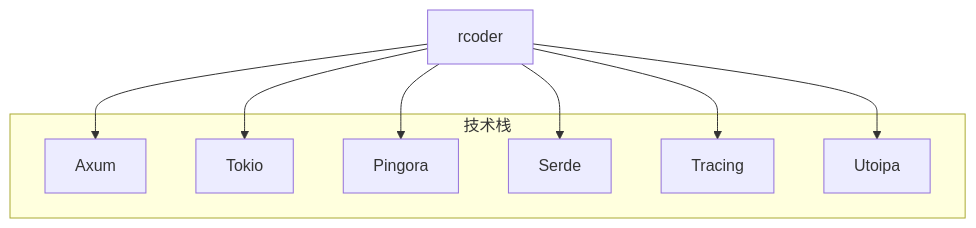
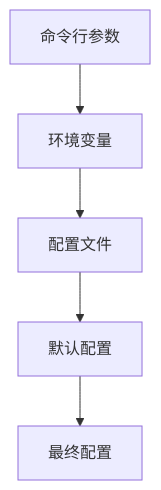
The eighth of 8 diagrams in .qoder/repowiki/zh/content/项目概述.md (nuwax-ai/rcoder), drawn with Mermaid before and after one commit. The commit also changed other lines of this file and 185 other files, not shown here.

````diff
--- a/.qoder/repowiki/zh/content/项目概述.md
+++ b/.qoder/repowiki/zh/content/项目概述.md
@@ -165,17 +294,7 @@
 ```mermaid
-graph TD
-subgraph "技术栈"
-Axum[Axum]
-Tokio[Tokio]
-Pingora[Pingora]
-Serde[Serde]
-Tracing[Tracing]
-Utoipa[Utoipa]
-end
-rcoder --> Axum
-rcoder --> Tokio
-rcoder --> Pingora
-rcoder --> Serde
-rcoder --> Tracing
-rcoder --> Utoipa
+flowchart TD
+A[命令行参数] --> B[环境变量]
+B --> C[配置文件]
+C --> D[默认配置]
+D --> E[最终配置]
 ```
````
